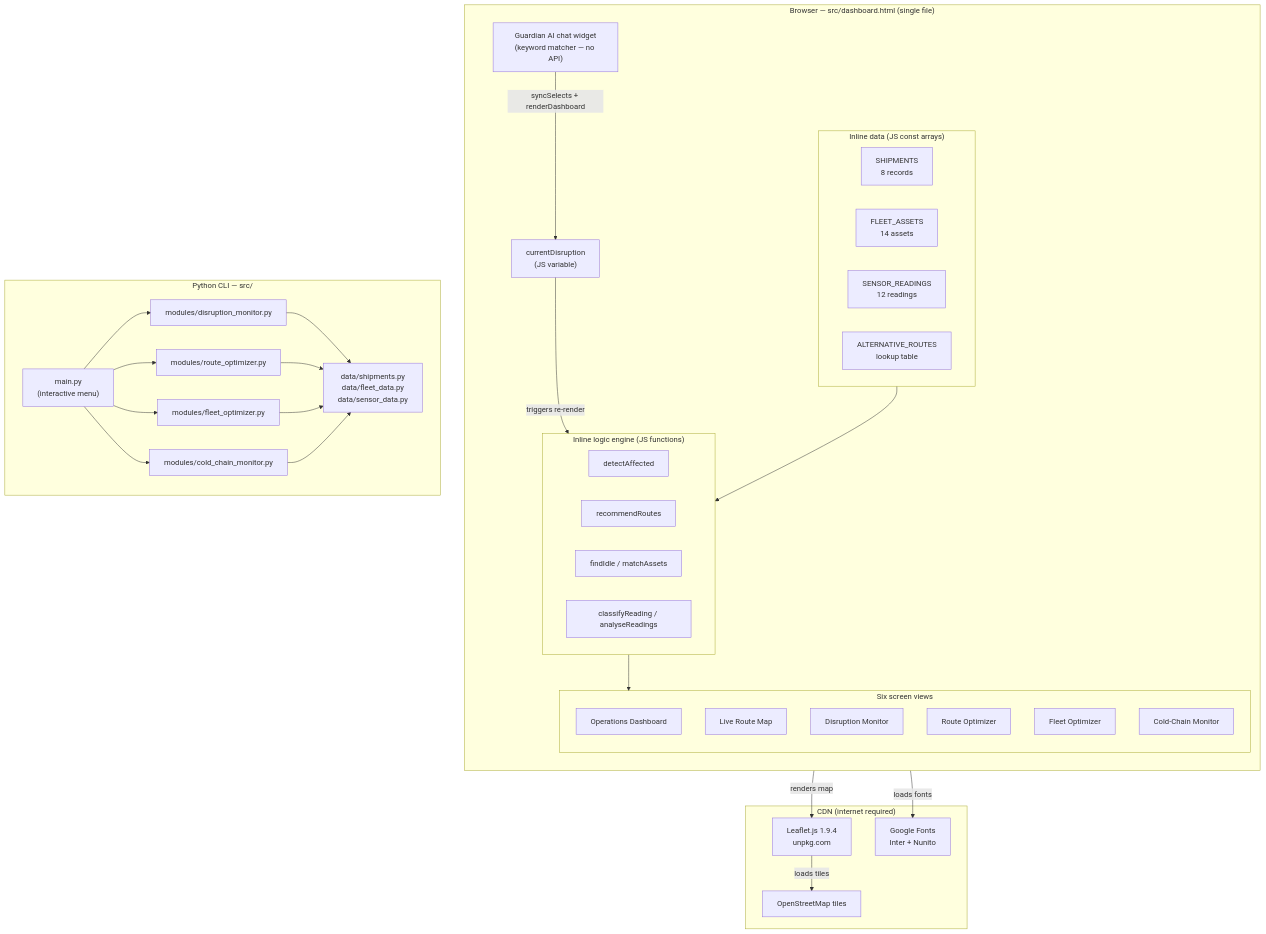
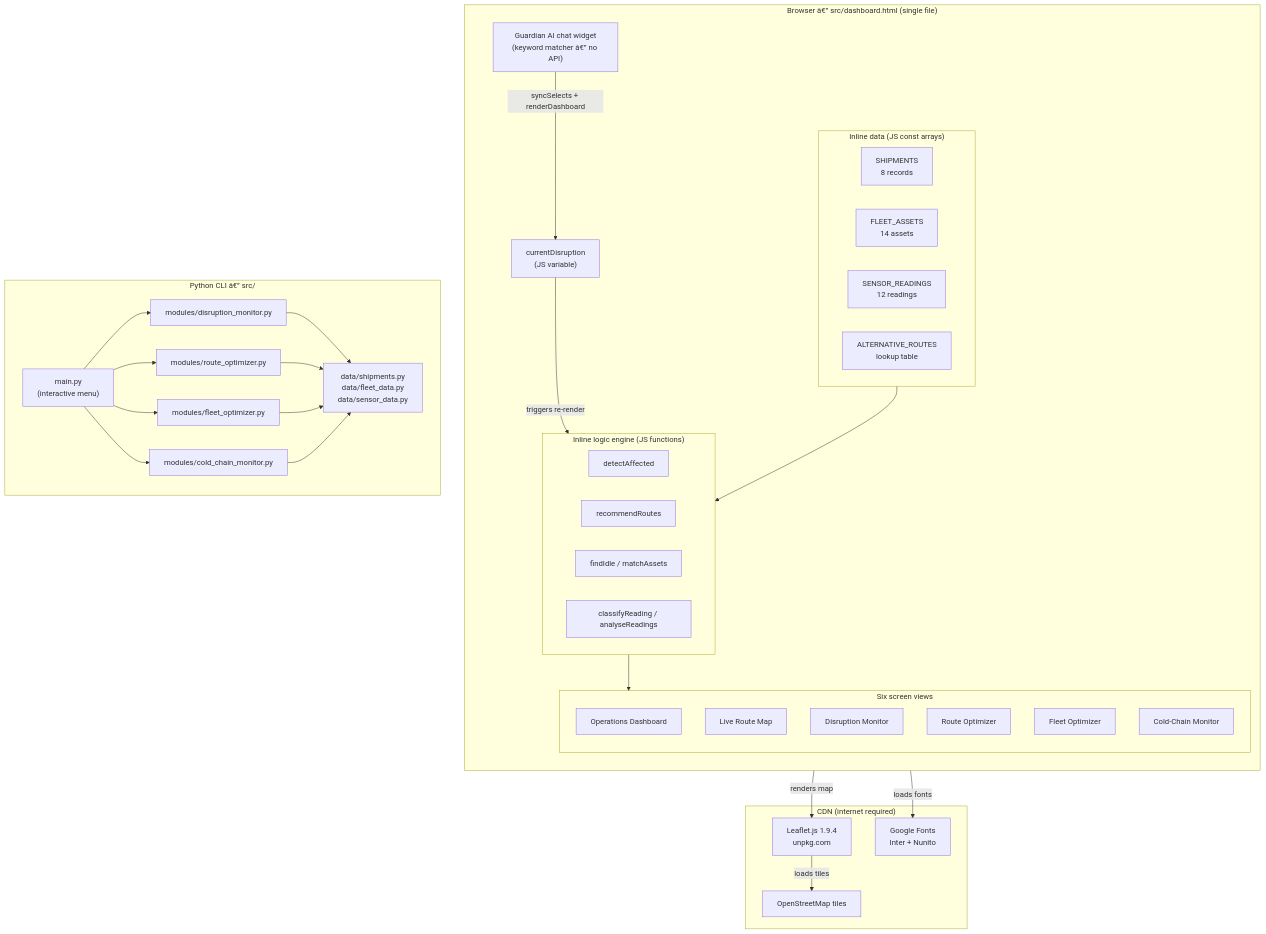
One commit to tirth080904-cse/bob-ai-hackathon--FRONTIERS- changed the first of 2 diagrams in docs/architecture.md. Above: the diagram before and after it, drawn with Mermaid. The commit also changed other lines of this file and 11 other files, not shown here.

````diff
--- a/docs/architecture.md
+++ b/docs/architecture.md
@@ -30,65 +27,65 @@
 ```mermaid
 graph TD
-    subgraph Browser["Browser — src/dashboard.html (single file)"]
+    subgraph Browser["Browser â€” src/dashboard.html (single file)"]
         direction TB
 
         subgraph Data["Inline data (JS const arrays)"]
             DS[SHIPMENTS<br/>8 records]
             DF[FLEET_ASSETS<br/>14 assets]
             DC[SENSOR_READINGS<br/>12 readings]
             DR[ALTERNATIVE_ROUTES<br/>lookup table]
         end
 
         subgraph Engine["Inline logic engine (JS functions)"]
             E1[detectAffected]
             E2[recommendRoutes]
             E3[findIdle / matchAssets]
             E4[classifyReading / analyseReadings]
         end
 
         subgraph UI["Six screen views"]
             P1[Operations Dashboard]
             P2[Live Route Map]
             P3[Disruption Monitor]
             P4[Route Optimizer]
             P5[Fleet Optimizer]
             P6[Cold-Chain Monitor]
         end
 
-        CHAT["Guardian AI chat widget<br/>(keyword matcher — no API)"]
+        CHAT["Guardian AI chat widget<br/>(keyword matcher â€” no API)"]
         STATE["currentDisruption<br/>(JS variable)"]
 
         STATE -->|triggers re-render| Engine
         Engine --> UI
         Data --> Engine
         CHAT -->|syncSelects + renderDashboard| STATE
     end
 
     subgraph CDN["CDN (internet required)"]
         LEAFLET["Leaflet.js 1.9.4<br/>unpkg.com"]
         TILES["OpenStreetMap tiles"]
         FONTS["Google Fonts<br/>Inter + Nunito"]
     end
 
-    subgraph PythonCLI["Python CLI — src/"]
+    subgraph PythonCLI["Python CLI â€” src/"]
         MAIN["main.py<br/>(interactive menu)"]
         M1["modules/disruption_monitor.py"]
         M2["modules/route_optimizer.py"]
         M3["modules/fleet_optimizer.py"]
         M4["modules/cold_chain_monitor.py"]
         PD["data/shipments.py<br/>data/fleet_data.py<br/>data/sensor_data.py"]
 
         MAIN --> M1
         MAIN --> M2
         MAIN --> M3
         MAIN --> M4
         M1 --> PD
         M2 --> PD
         M3 --> PD
         M4 --> PD
     end
 
     P2 -->|renders map| LEAFLET
     LEAFLET -->|loads tiles| TILES
     Browser -->|loads fonts| FONTS
 ```
````
